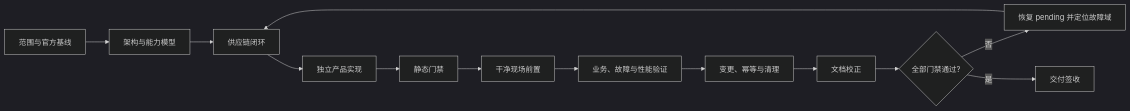
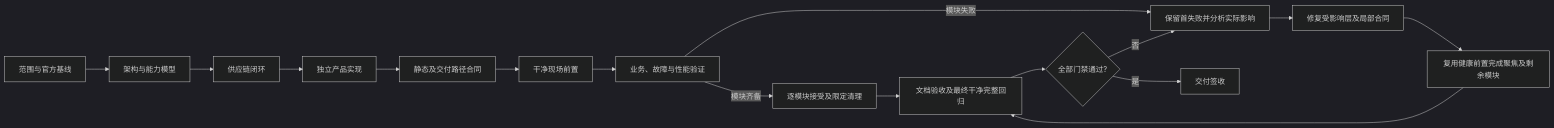
Before and after one commit to brinnatt/kubeauto: the third of 8 diagrams in docs/middleware/delivery-playbook.md, drawn with Mermaid (dark theme). The commit also changed other lines of this file and 257 other files, not shown here.

````diff
--- a/docs/middleware/delivery-playbook.md
+++ b/docs/middleware/delivery-playbook.md
@@ -134,15 +134,18 @@
 ```mermaid
 flowchart LR
     A[范围与官方基线] --> B[架构与能力模型]
     B --> C[供应链闭环]
     C --> D[独立产品实现]
-    D --> E[静态门禁]
+    D --> E[静态及交付路径合同]
     E --> F[干净现场前置]
     F --> G[业务、故障与性能验证]
-    G --> H[变更、幂等与清理]
-    H --> I[文档校正]
+    G -- 模块齐备 --> H[逐模块接受及限定清理]
+    G -- 模块失败 --> K[保留首失败并分析实际影响]
+    H --> I[文档验收及最终干净完整回归]
     I --> J{全部门禁通过?}
-    J -- 否 --> K[恢复 pending 并定位故障域]
-    K --> C
+    J -- 否 --> K
+    K --> M[修复受影响层及局部合同]
+    M --> N[复用健康前置完成聚焦及剩余模块]
+    N --> I
     J -- 是 --> L[交付签收]
 ```
````
